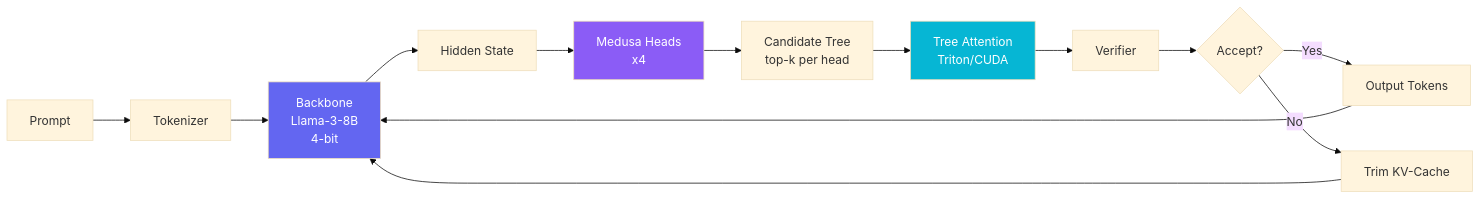
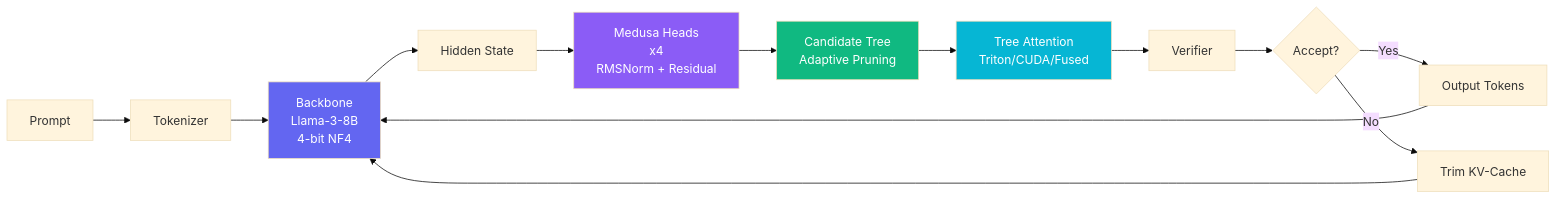
One commit to matteso1/ProjectGorgon changed the first of 2 diagrams in README.md. Above: the diagram before and after it, drawn with Mermaid (base theme). The commit also changed other lines of this file and 1 other file, not shown here.

````diff
--- a/README.md
+++ b/README.md
@@ -26,19 +32,20 @@
 ```mermaid
 flowchart LR
     A[Prompt] --> B[Tokenizer]
-    B --> C[Backbone<br/>Llama-3-8B<br/>4-bit]
+    B --> C[Backbone<br/>Llama-3-8B<br/>4-bit NF4]
     C --> D[Hidden State]
-    D --> E[Medusa Heads<br/>x4]
-    E --> F[Candidate Tree<br/>top-k per head]
-    F --> G[Tree Attention<br/>Triton/CUDA]
+    D --> E[Medusa Heads<br/>x4<br/>RMSNorm + Residual]
+    E --> F[Candidate Tree<br/>Adaptive Pruning]
+    F --> G[Tree Attention<br/>Triton/CUDA/Fused]
     G --> H[Verifier]
     H --> I{Accept?}
     I -->|Yes| J[Output Tokens]
     I -->|No| K[Trim KV-Cache]
     J --> C
     K --> C
 
     style C fill:#6366f1,color:#fff
     style E fill:#8b5cf6,color:#fff
     style G fill:#06b6d4,color:#fff
+    style F fill:#10b981,color:#fff
 ```
````
